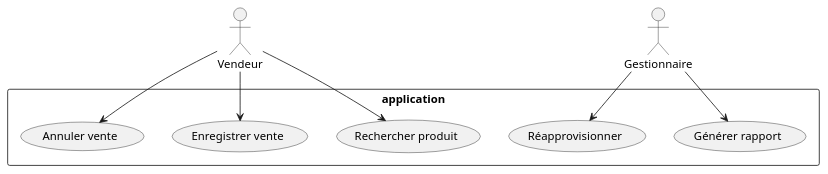
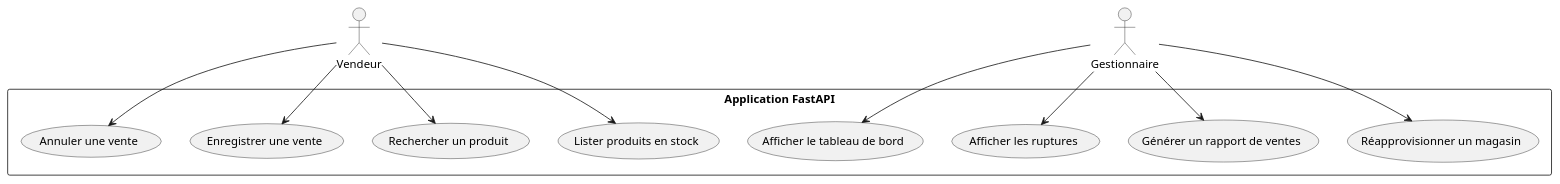
Before and after one commit to Ludo67/LOG430-Lab0: the diagram in docs/UML/use_cases.puml, drawn with PlantUML. The commit also changed 90 other files, not shown here.

```diff
--- a/docs/UML/use_cases.puml
+++ b/docs/UML/use_cases.puml
@@ -1,17 +1,26 @@
-@startuml VueCasUtilisation
+@startuml use_cases
+
 actor Vendeur
 actor Gestionnaire
 
-rectangle "application"{
-  usecase "Rechercher produit" as UC1
-  usecase "Enregistrer vente" as UC2
-  usecase "Annuler vente" as UC3
-  usecase "Réapprovisionner" as UC4
-  usecase "Générer rapport" as UC5
+rectangle "Application FastAPI" {
+  usecase "Lister produits en stock"
+  usecase "Rechercher un produit"
+  usecase "Enregistrer une vente"
+  usecase "Annuler une vente"
+  usecase "Réapprovisionner un magasin"
+  usecase "Générer un rapport de ventes"
+  usecase "Afficher les ruptures"
+  usecase "Afficher le tableau de bord"
 }
-Vendeur --> UC1
-Vendeur --> UC2
-Vendeur --> UC3
-Gestionnaire --> UC4
-Gestionnaire --> UC5
+
+Vendeur --> "Lister produits en stock"
+Vendeur --> "Rechercher un produit"
+Vendeur --> "Enregistrer une vente"
+Vendeur --> "Annuler une vente"
+Gestionnaire --> "Réapprovisionner un magasin"
+Gestionnaire --> "Générer un rapport de ventes"
+Gestionnaire --> "Afficher les ruptures"
+Gestionnaire --> "Afficher le tableau de bord"
+
 @enduml
```
